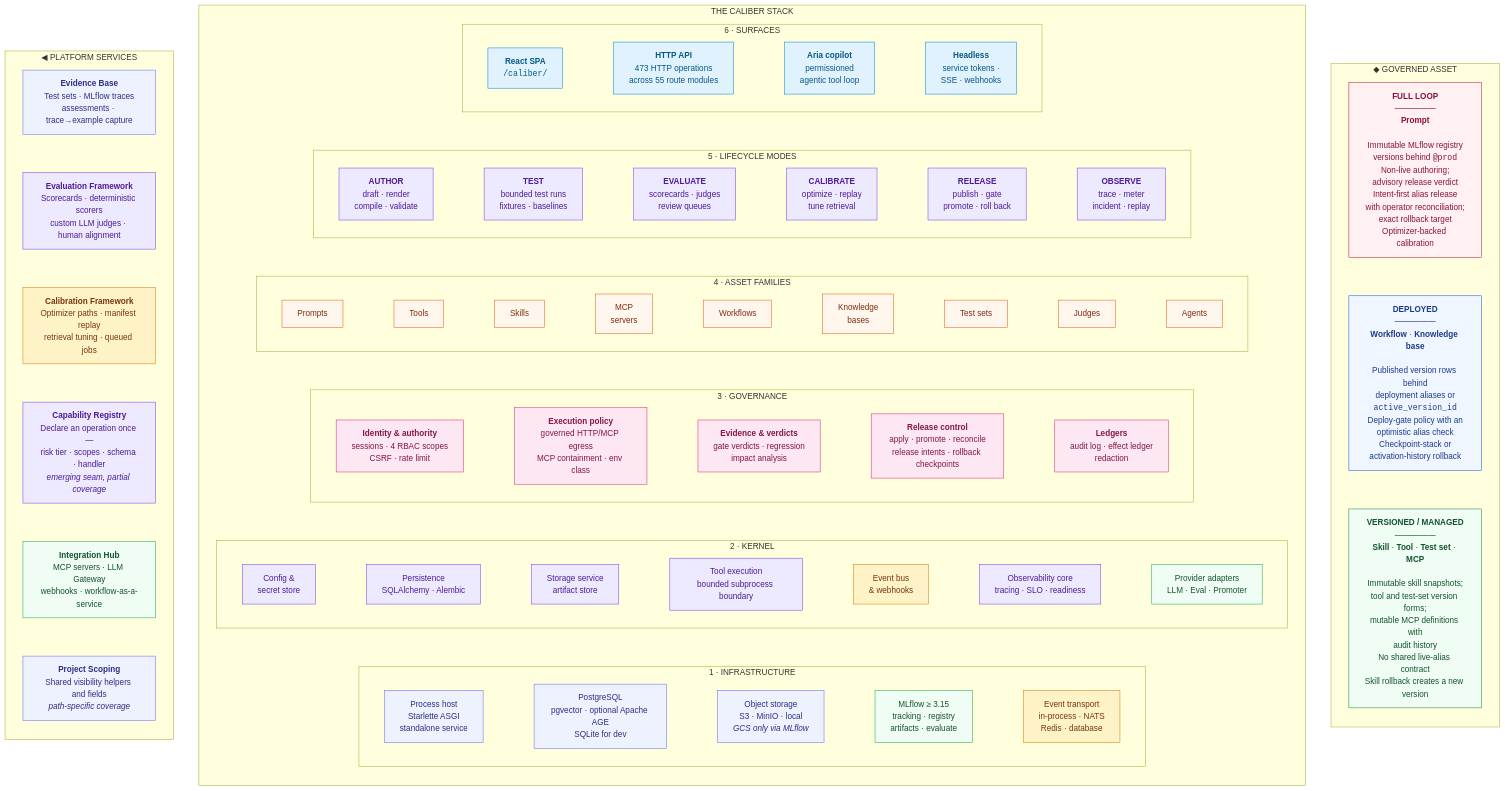
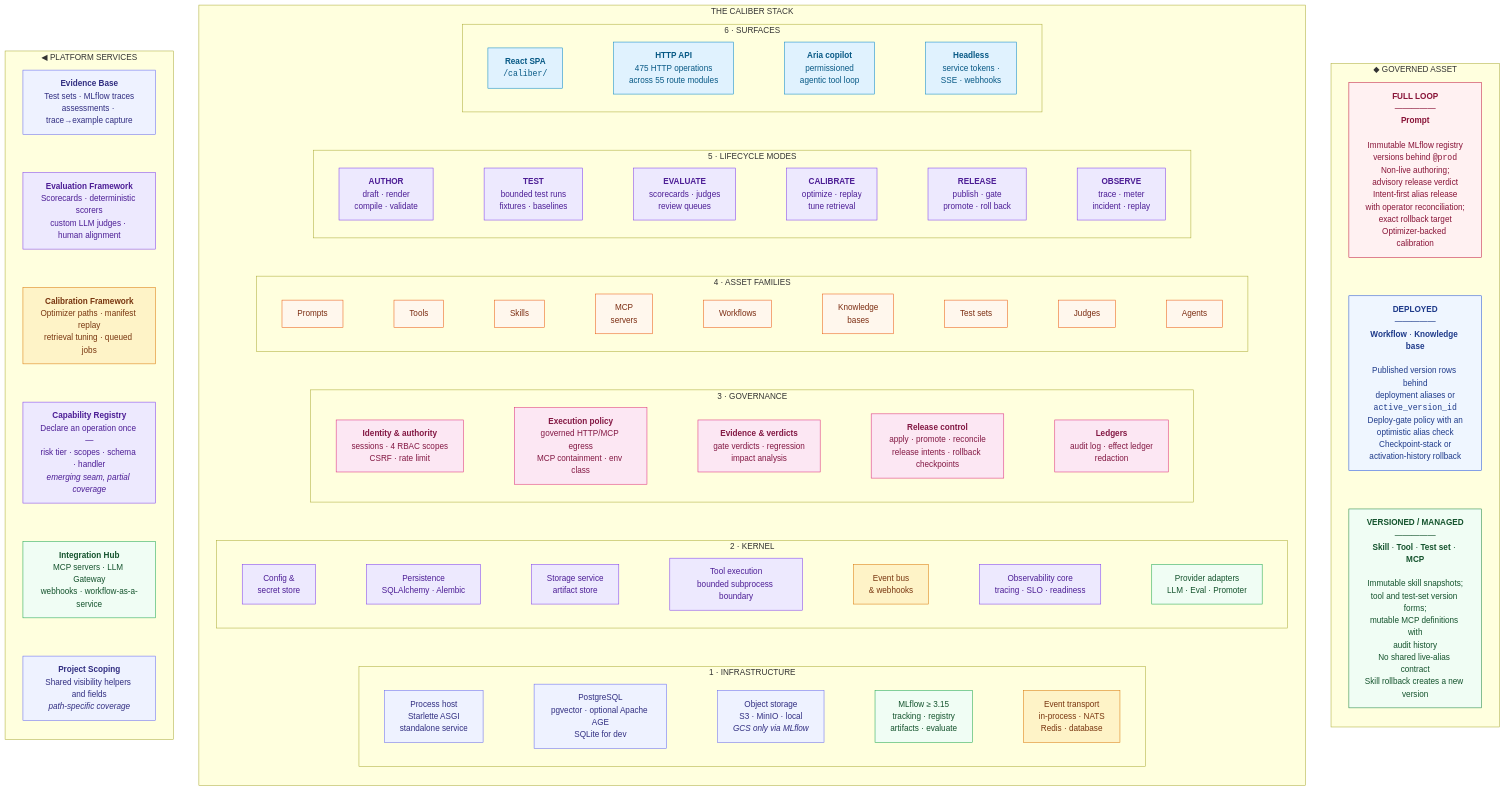
One commit to rrahimi-uci/caliber-suite changed the first of 8 diagrams in ARCHITECTURE.md. Above: the diagram before and after it, drawn with Mermaid. The commit also changed 40 other files, not shown here.

```diff
--- a/ARCHITECTURE.md
+++ b/ARCHITECTURE.md
@@ -105,7 +105,7 @@
     subgraph L6["6 · SURFACES"]
       direction LR
       s1["<b>React SPA</b><br/><code>/caliber/</code>"]:::ui
-      s2["<b>HTTP API</b><br/>473 HTTP operations<br/>across 55 route modules"]:::ui
+      s2["<b>HTTP API</b><br/>475 HTTP operations<br/>across 55 route modules"]:::ui
       s3["<b>Aria copilot</b><br/>permissioned<br/>agentic tool loop"]:::ui
       s4["<b>Headless</b><br/>service tokens ·<br/>SSE · webhooks"]:::ui
       s1 --- s2 --- s3 --- s4
```
